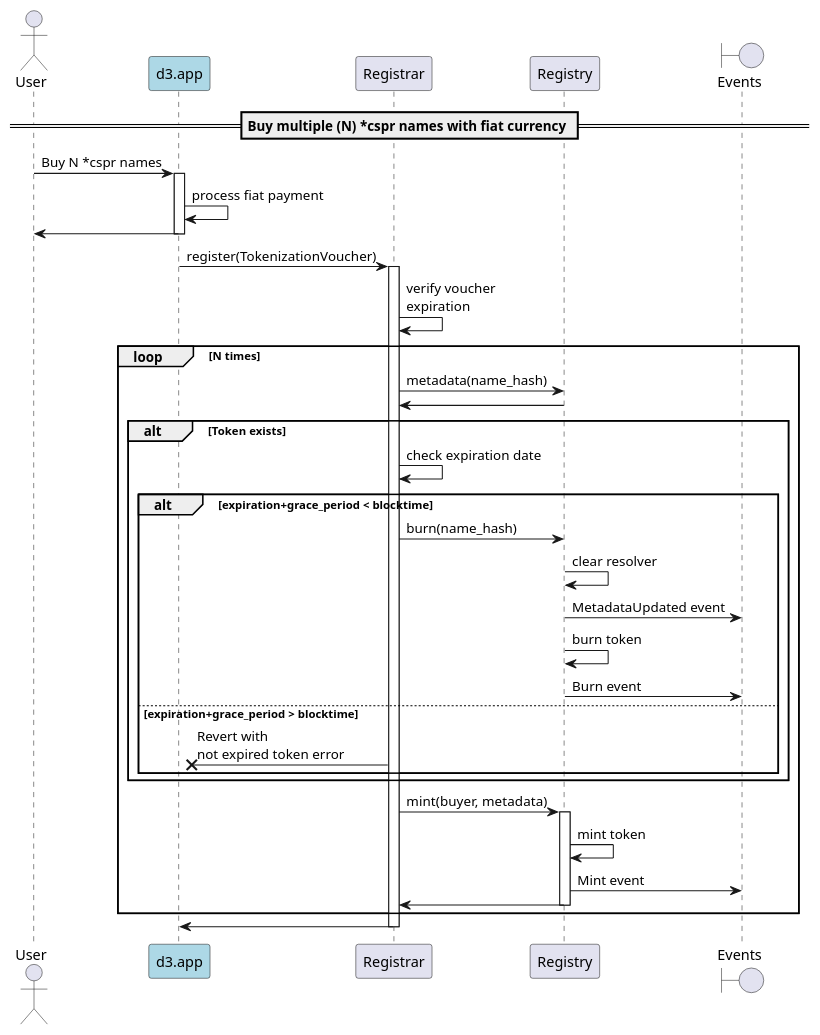
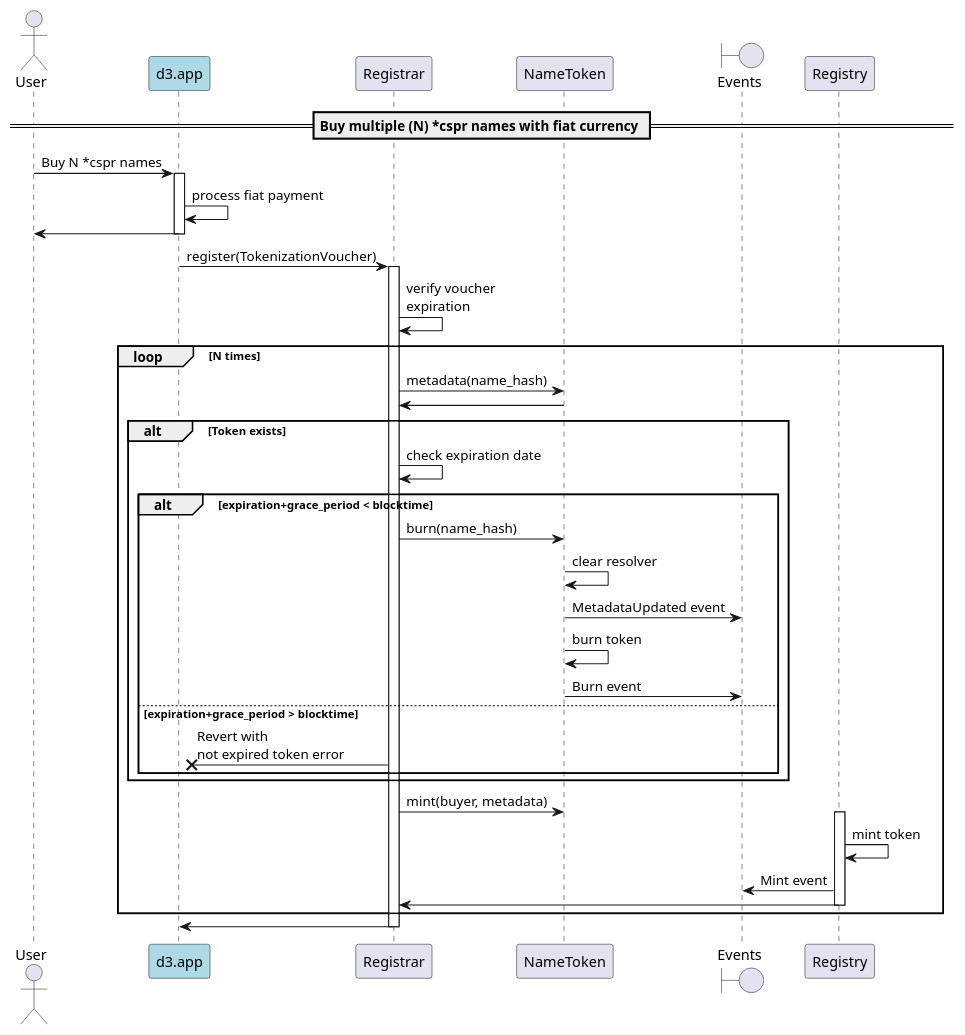
The diagram in docs/sequence-diagrams/puml/offchain-multiple-purchase.puml (make-software/cspr-name-contracts), drawn with PlantUML before and after one commit. The commit also changed 14 other files, not shown here.

Commit message:
Renamed Registry contract with NameToken in the sequence diagrams. (part 2)

```diff
--- a/docs/sequence-diagrams/puml/offchain-multiple-purchase.puml
+++ b/docs/sequence-diagrams/puml/offchain-multiple-purchase.puml
@@ -1,48 +1,48 @@
 @startuml
 'https://plantuml.com/sequence-diagram
 
 'autonumber
 actor User
 participant "d3.app" as d3 #lightblue
 participant "Registrar"
-participant "Registry"
+participant "NameToken"
 boundary "Events"
 
 == Buy multiple (N) *cspr names with fiat currency ==
 
 User -> d3: Buy N *cspr names
 activate d3
 d3 -> d3: process fiat payment
 d3 -> User
 deactivate d3
 
 d3 -> Registrar: register(TokenizationVoucher)
 activate Registrar
 Registrar -> Registrar: verify voucher\nexpiration
     loop N times
-    Registrar -> Registry: metadata(name_hash)
-    Registry -> Registrar
+    Registrar -> NameToken: metadata(name_hash)
+    NameToken -> Registrar
         alt Token exists
             Registrar -> Registrar: check expiration date
             alt expiration+grace_period < blocktime
-                Registrar -> Registry: burn(name_hash)
-                Registry -> Registry: clear resolver
-                Registry -> "Events": MetadataUpdated event
-                Registry -> Registry: burn token
-                Registry -> "Events": Burn event
+                Registrar -> NameToken: burn(name_hash)
+                NameToken -> NameToken: clear resolver
+                NameToken -> "Events": MetadataUpdated event
+                NameToken -> NameToken: burn token
+                NameToken -> "Events": Burn event
             else expiration+grace_period > blocktime
                 Registrar ->x d3: Revert with\nnot expired token error
             end
         end
-        Registrar -> Registry: mint(buyer, metadata)
+        Registrar -> NameToken: mint(buyer, metadata)
         activate Registry
         Registry -> Registry: mint token
         Registry -> "Events": Mint event
         Registry -> Registrar
         deactivate Registry
     end loop
 Registrar -> d3
 deactivate Registrar
 deactivate d3
 
 @enduml
```
